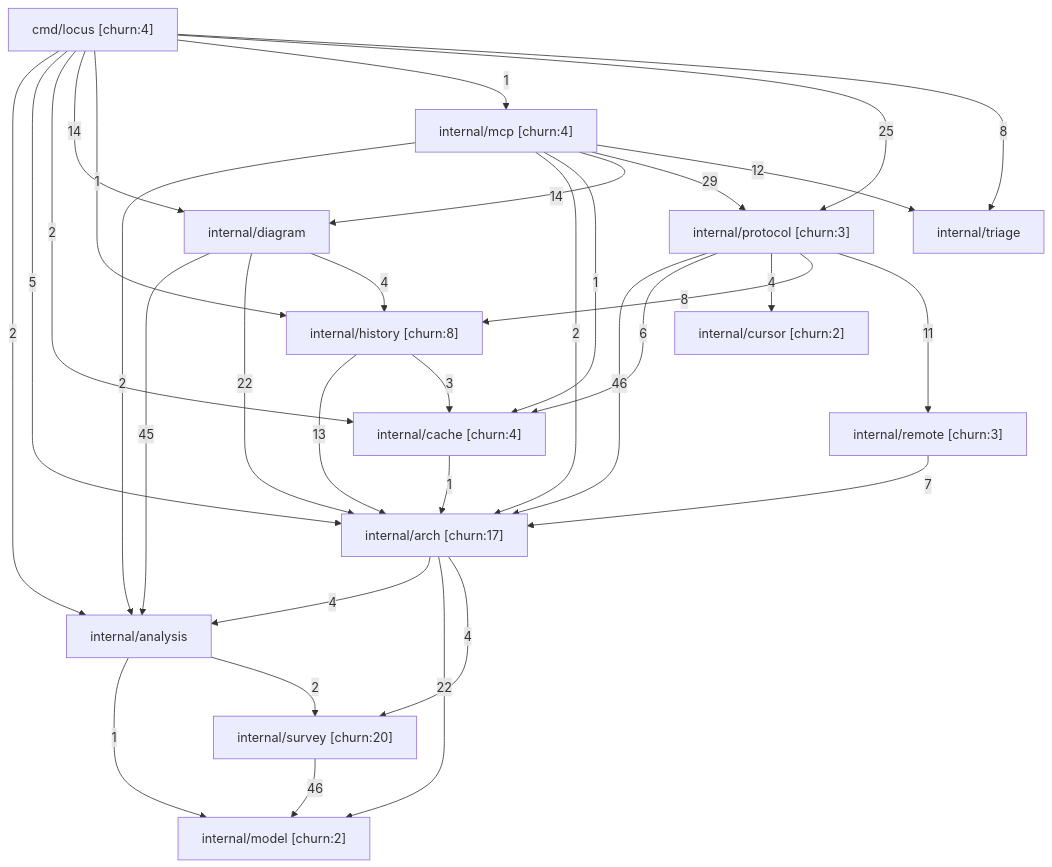
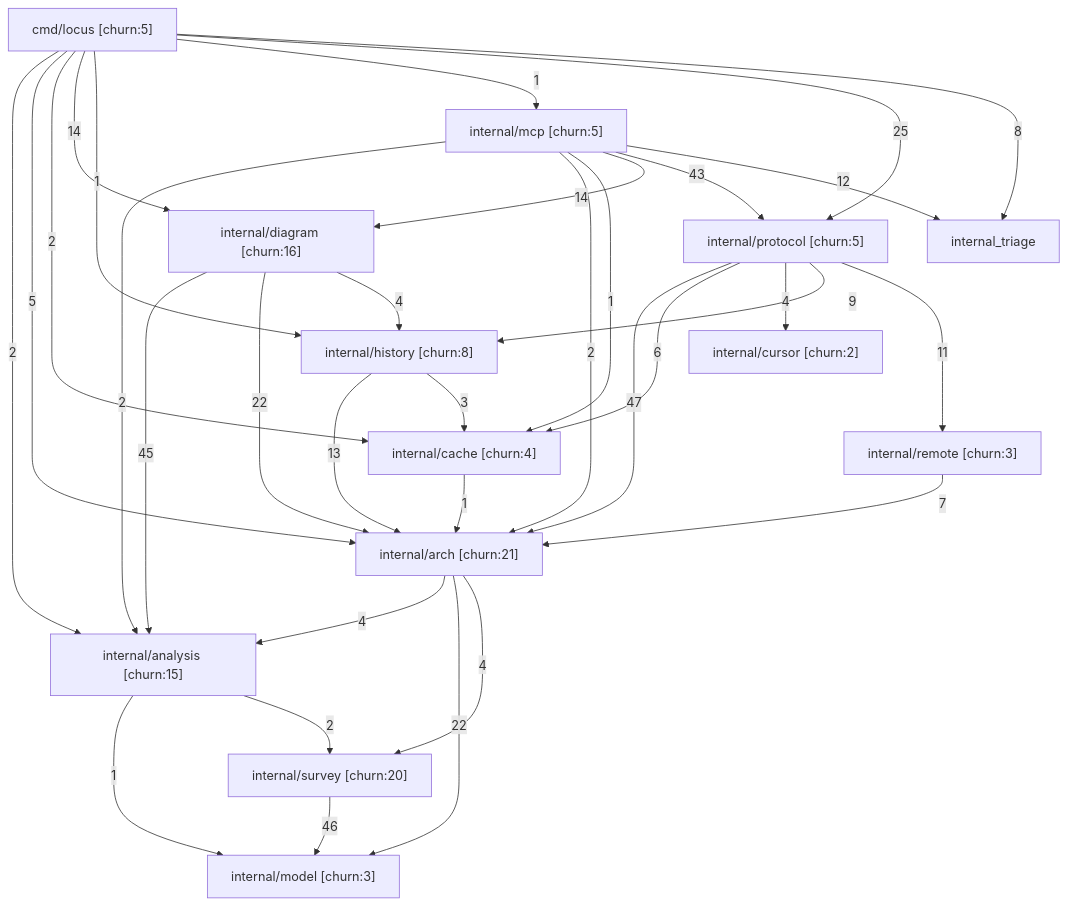
One commit to dpopsuev/locus changed the second of 7 diagrams in README.md. Above: the diagram before and after it, drawn with Mermaid. The commit also changed other lines of this file and 11 other files, not shown here.

First line of the commit message:
feat(locus): path mapping, conventions, impact analysis, knowledge gaps, bump to 0.1.1

````diff
--- a/README.md
+++ b/README.md
@@ -164,48 +167,47 @@
 ```mermaid
 graph TD
-    cmd_locus["cmd/locus [churn:4]"]
-    internal_analysis["internal/analysis"]
-    internal_arch["internal/arch [churn:17]"]
+    cmd_locus["cmd/locus [churn:5]"]
+    internal_analysis["internal/analysis [churn:15]"]
+    internal_arch["internal/arch [churn:21]"]
     internal_cache["internal/cache [churn:4]"]
     internal_cursor["internal/cursor [churn:2]"]
-    internal_diagram["internal/diagram"]
+    internal_diagram["internal/diagram [churn:16]"]
     internal_history["internal/history [churn:8]"]
-    internal_mcp["internal/mcp [churn:4]"]
-    internal_model["internal/model [churn:2]"]
-    internal_protocol["internal/protocol [churn:3]"]
+    internal_mcp["internal/mcp [churn:5]"]
+    internal_model["internal/model [churn:3]"]
+    internal_protocol["internal/protocol [churn:5]"]
     internal_remote["internal/remote [churn:3]"]
     internal_survey["internal/survey [churn:20]"]
-    internal_triage["internal/triage"]
     cmd_locus -->|"2"| internal_analysis
     cmd_locus -->|"5"| internal_arch
     cmd_locus -->|"2"| internal_cache
     cmd_locus -->|"14"| internal_diagram
     cmd_locus -->|"1"| internal_history
     cmd_locus -->|"1"| internal_mcp
     cmd_locus -->|"25"| internal_protocol
     cmd_locus -->|"8"| internal_triage
     internal_analysis -->|"1"| internal_model
     internal_analysis -->|"2"| internal_survey
     internal_arch -->|"4"| internal_analysis
     internal_arch -->|"22"| internal_model
     internal_arch -->|"4"| internal_survey
     internal_cache -->|"1"| internal_arch
     internal_diagram -->|"45"| internal_analysis
     internal_diagram -->|"22"| internal_arch
     internal_diagram -->|"4"| internal_history
     internal_history -->|"13"| internal_arch
     internal_history -->|"3"| internal_cache
     internal_mcp -->|"2"| internal_analysis
     internal_mcp -->|"2"| internal_arch
     internal_mcp -->|"1"| internal_cache
     internal_mcp -->|"14"| internal_diagram
-    internal_mcp -->|"29"| internal_protocol
+    internal_mcp -->|"43"| internal_protocol
     internal_mcp -->|"12"| internal_triage
-    internal_protocol -->|"46"| internal_arch
+    internal_protocol -->|"47"| internal_arch
     internal_protocol -->|"6"| internal_cache
     internal_protocol -->|"4"| internal_cursor
-    internal_protocol -->|"8"| internal_history
+    internal_protocol -->|"9"| internal_history
     internal_protocol -->|"11"| internal_remote
     internal_remote -->|"7"| internal_arch
     internal_survey -->|"46"| internal_model
 ```
````
